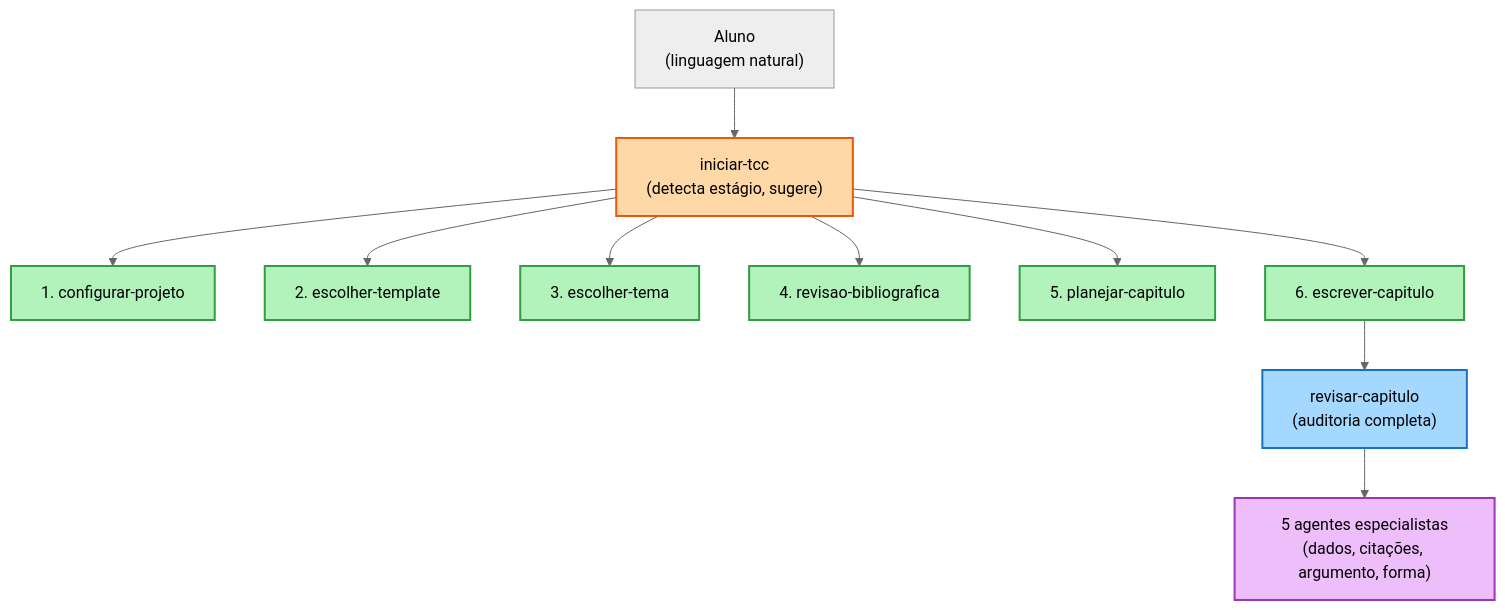
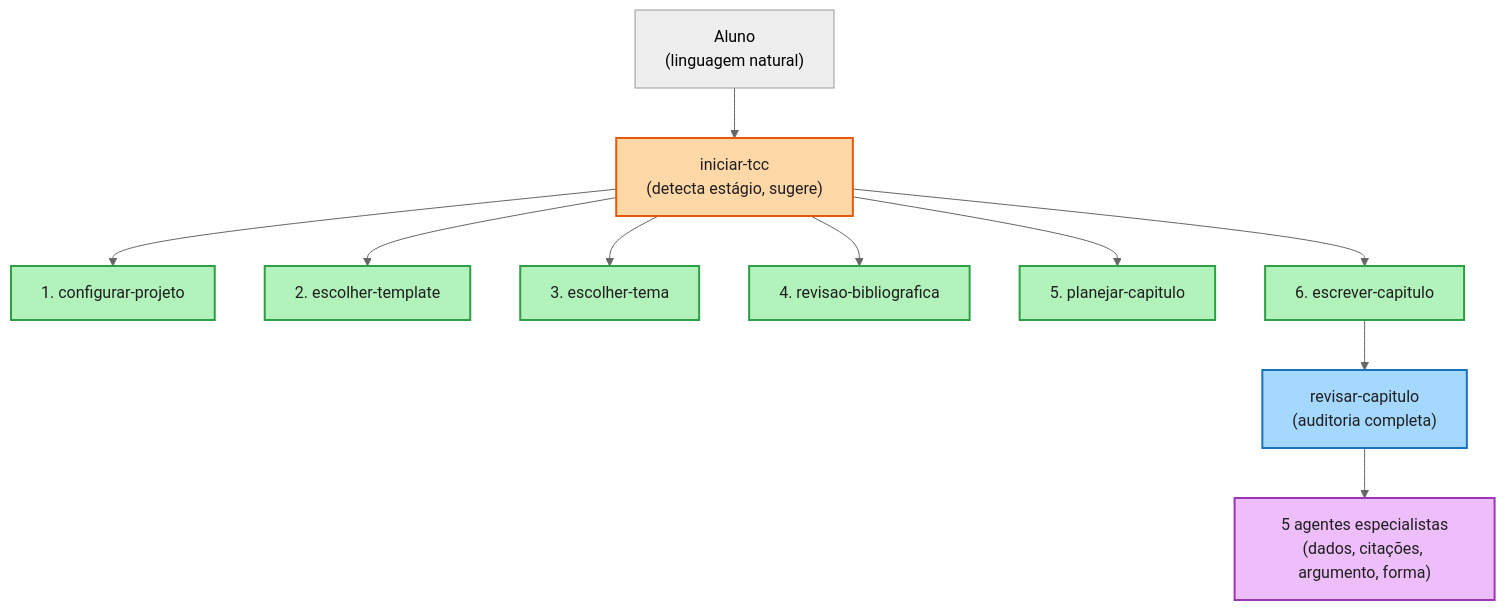
Before and after one commit to Oseiasdfarias/tcc-verificado-kit-agentes: the diagram in README.md, drawn with Mermaid (neutral theme). The commit also changed other lines of this file and 3 other files, not shown here.

First line of the commit message:
Publica v1.4.2: corrige contraste do diagrama Mermaid no tema escuro

````diff
--- a/README.md
+++ b/README.md
@@ -35,24 +35,24 @@
 ```mermaid
 flowchart TD
     Aluno["Aluno<br/>(linguagem natural)"] --> Hub1["iniciar-tcc<br/>(detecta estágio, sugere)"]
 
     Hub1 --> S1["1. configurar-projeto"]
     Hub1 --> S2["2. escolher-template"]
     Hub1 --> S3["3. escolher-tema"]
     Hub1 --> S4["4. revisao-bibliografica"]
     Hub1 --> S5["5. planejar-capitulo"]
     Hub1 --> S6["6. escrever-capitulo"]
 
     S6 --> Hub2["revisar-capitulo<br/>(auditoria completa)"]
     Hub2 --> Agentes["5 agentes especialistas<br/>(dados, citações, argumento, forma)"]
 
-    classDef hub fill:#ffd8a8,stroke:#e8590c,stroke-width:2px
-    classDef hub2 fill:#a5d8ff,stroke:#1971c2,stroke-width:2px
-    classDef skill fill:#b2f2bb,stroke:#2f9e44,stroke-width:2px
-    classDef agente fill:#eebefa,stroke:#9c36b5,stroke-width:2px
+    classDef hub fill:#ffd8a8,stroke:#e8590c,stroke-width:2px,color:#1e1e1e
+    classDef hub2 fill:#a5d8ff,stroke:#1971c2,stroke-width:2px,color:#1e1e1e
+    classDef skill fill:#b2f2bb,stroke:#2f9e44,stroke-width:2px,color:#1e1e1e
+    classDef agente fill:#eebefa,stroke:#9c36b5,stroke-width:2px,color:#1e1e1e
 
     class Hub1 hub
     class Hub2 hub2
     class S1,S2,S3,S4,S5,S6 skill
     class Agentes agente
 ```
````
